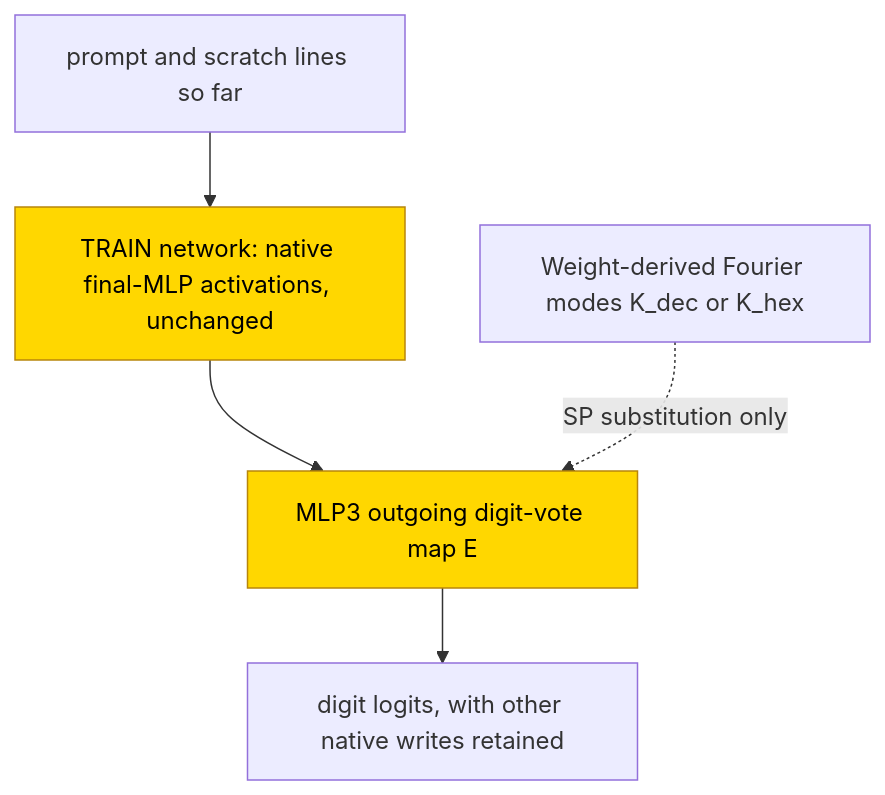
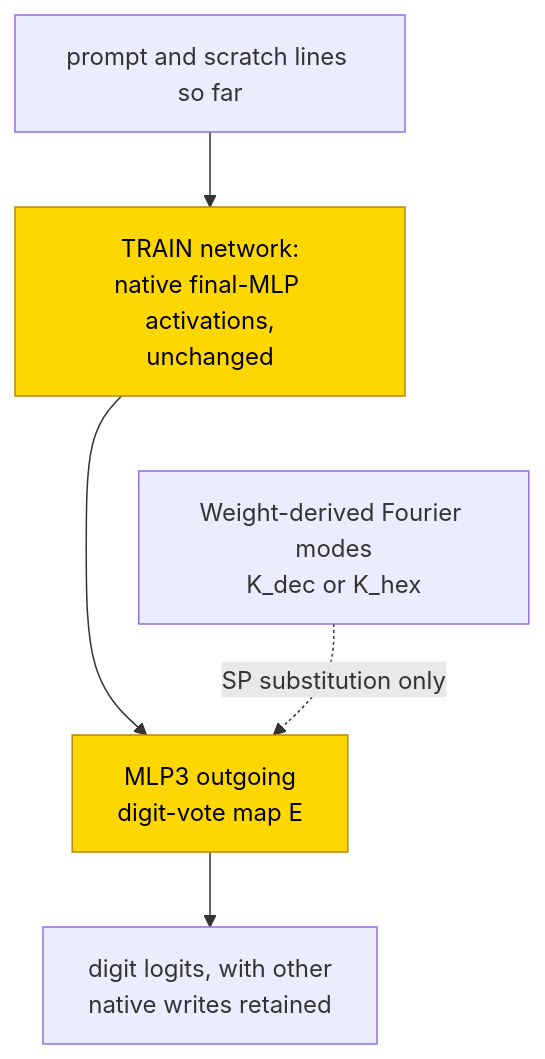
The second of 2 diagrams in entries/multiplication-base-order.md (jc1122/mechanistic-interpretability-circuit-atlas), drawn with Mermaid before and after one commit. The commit also changed other lines of this file and 40 other files, not shown here.

First line of the commit message:
Cold-reader pass on all 41 entries: reading routes, first-screen scopes, accessible diagrams, verified headline sources (ux_reader1/2)

````diff
--- a/entries/multiplication-base-order.md
+++ b/entries/multiplication-base-order.md
@@ -153,9 +166,13 @@
 ```mermaid
 flowchart TD
-    X["prompt and scratch lines so far"] --> R["TRAIN network: native final-MLP activations, unchanged"]
-    R --> E["MLP3 outgoing digit-vote map E"]
-    F["Weight-derived Fourier modes K_dec or K_hex"] -.->|"SP substitution only"| E
-    E --> D["digit logits, with other native writes retained"]
+    accTitle: Scratchpad outgoing digit-vote substitute
+    accDescr: The trained network keeps its native final-MLP activations and other writes while selected Fourier modes replace outgoing digit votes. This is partial, scratchpad-only substitution support; complement resampling is untested.
+    X["prompt and scratch lines so far"] --> R["TRAIN network:<br/>native final-MLP activations,<br/>unchanged"]
+    R --> E["MLP3 outgoing<br/>digit-vote map E"]
+    F["Weight-derived Fourier modes<br/>K_dec or K_hex"] -.->|"SP substitution only"| E
+    E --> D["digit logits, with other<br/>native writes retained"]
+    %% Invisible link stacks inputs; it is not a computational path.
+    R ~~~ F
     classDef trained fill:gold,stroke:darkgoldenrod,color:black
     class R,E trained
 ```
````
